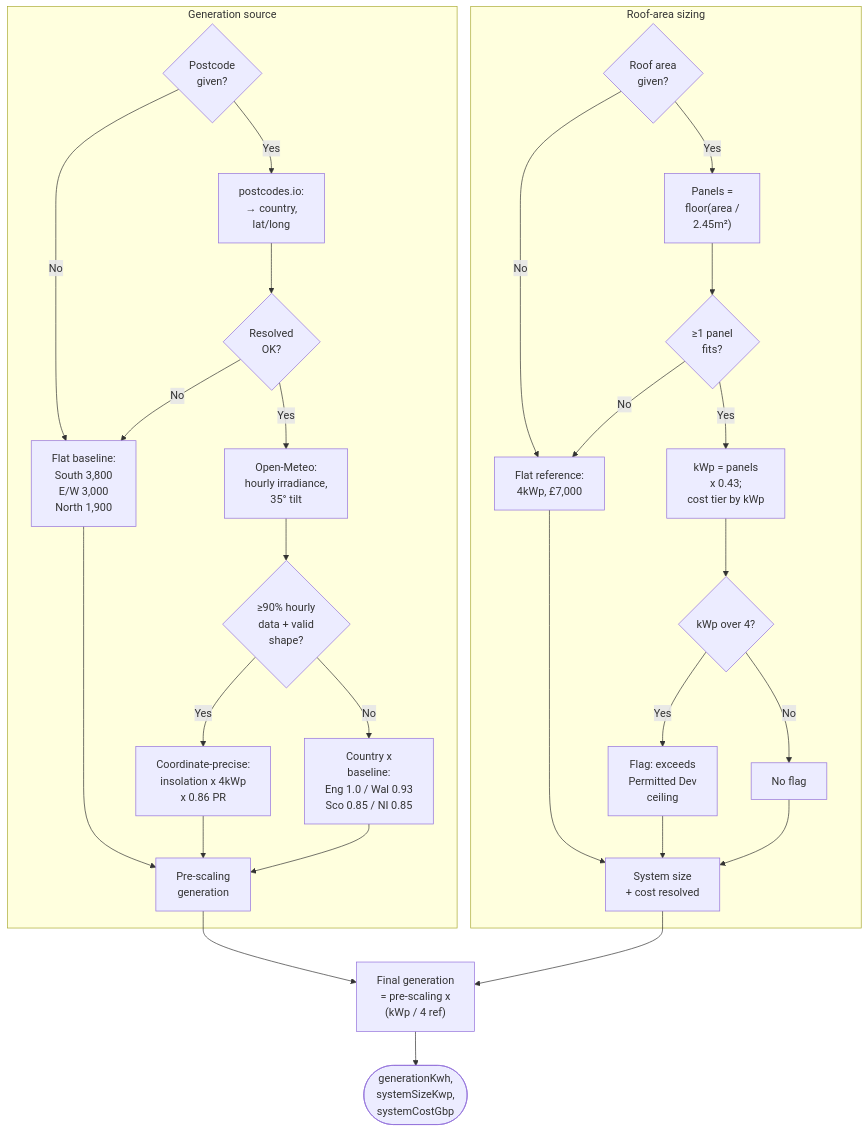
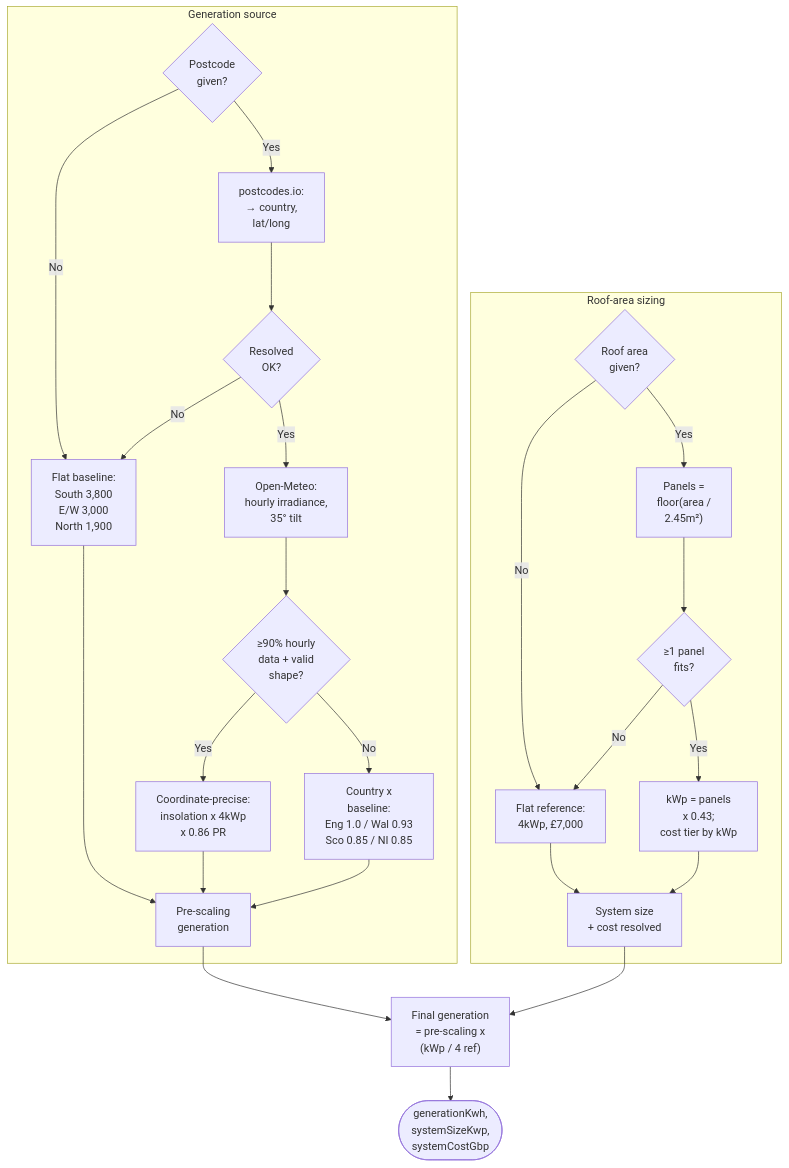
One commit to spallavi-stack/shubha-pm-portfolio changed the fourth of 7 diagrams in projects/sunnysideup/docs/calculation-logic.md. Above: the diagram before and after it, drawn with Mermaid. The commit also changed other lines of this file and 4 other files, not shown here.

````diff
--- a/projects/sunnysideup/docs/calculation-logic.md
+++ b/projects/sunnysideup/docs/calculation-logic.md
@@ -149,56 +149,49 @@
 ```mermaid
 flowchart TD
   subgraph GEN["Generation source"]
     G0{"Postcode<br/>given?"}
     G1["Flat baseline:<br/>South 3,800<br/>E/W 3,000<br/>North 1,900"]
     G2["postcodes.io:<br/>→ country,<br/>lat/long"]
     G3{"Resolved<br/>OK?"}
     G4["Open-Meteo:<br/>hourly irradiance,<br/>35° tilt"]
     G5{"≥90% hourly<br/>data + valid<br/>shape?"}
     G6["Coordinate-precise:<br/>insolation x 4kWp<br/>x 0.86 PR"]
     G7["Country x<br/>baseline:<br/>Eng 1.0 / Wal 0.93<br/>Sco 0.85 / NI 0.85"]
     G8["Pre-scaling<br/>generation"]
 
     G0 -->|No| G1
     G0 -->|Yes| G2
     G2 --> G3
     G3 -->|No| G1
     G3 -->|Yes| G4
     G4 --> G5
     G5 -->|Yes| G6
     G5 -->|No| G7
     G1 --> G8
     G6 --> G8
     G7 --> G8
   end
 
   subgraph ROOF["Roof-area sizing"]
     RA0{"Roof area<br/>given?"}
     RA1["Flat reference:<br/>4kWp, £7,000"]
     RA2["Panels =<br/>floor(area /<br/>2.45m²)"]
     RA3{"≥1 panel<br/>fits?"}
     RA4["kWp = panels<br/>x 0.43;<br/>cost tier by kWp"]
-    RA5{"kWp over 4?"}
-    RA6["Flag: exceeds<br/>Permitted Dev<br/>ceiling"]
-    RA7["No flag"]
     RA8["System size<br/>+ cost resolved"]
 
     RA0 -->|No| RA1
     RA0 -->|Yes| RA2
     RA2 --> RA3
     RA3 -->|No| RA1
     RA3 -->|Yes| RA4
-    RA4 --> RA5
-    RA5 -->|Yes| RA6
-    RA5 -->|No| RA7
     RA1 --> RA8
-    RA6 --> RA8
-    RA7 --> RA8
+    RA4 --> RA8
   end
 
   SCALE["Final generation<br/>= pre-scaling x<br/>(kWp / 4 ref)"]
   GenFinal(["generationKwh,<br/>systemSizeKwp,<br/>systemCostGbp"])
   G8 --> SCALE
   RA8 --> SCALE
   SCALE --> GenFinal
 ```
````
